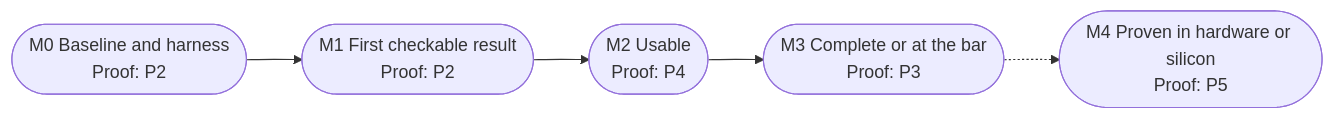
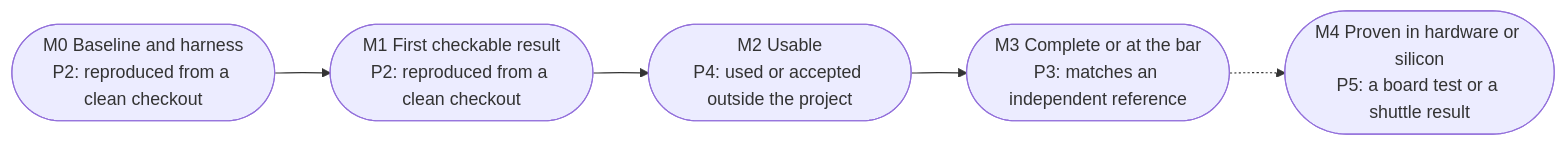
One commit to mithro/open-silicon-hitlist changed the first of 4 diagrams in GUIDELINES.md. Above: the diagram before and after it, drawn with Mermaid. The commit also changed other lines of this file and 2 other files, not shown here.

````diff
--- a/GUIDELINES.md
+++ b/GUIDELINES.md
@@ -410,7 +410,7 @@
 ```mermaid
 flowchart LR
-  M0(["M0 Baseline and harness<br/>Proof: P2"]) --> M1(["M1 First checkable result<br/>Proof: P2"])
-  M1 --> M2(["M2 Usable<br/>Proof: P4"])
-  M2 --> M3(["M3 Complete or at the bar<br/>Proof: P3"])
-  M3 -.-> M4(["M4 Proven in hardware or silicon<br/>Proof: P5"])
+  M0(["M0 Baseline and harness<br/>P2: reproduced from a clean checkout"]) --> M1(["M1 First checkable result<br/>P2: reproduced from a clean checkout"])
+  M1 --> M2(["M2 Usable<br/>P4: used or accepted outside the project"])
+  M2 --> M3(["M3 Complete or at the bar<br/>P3: matches an independent reference"])
+  M3 -.-> M4(["M4 Proven in hardware or silicon<br/>P5: a board test or a shuttle result"])
 ```
````
